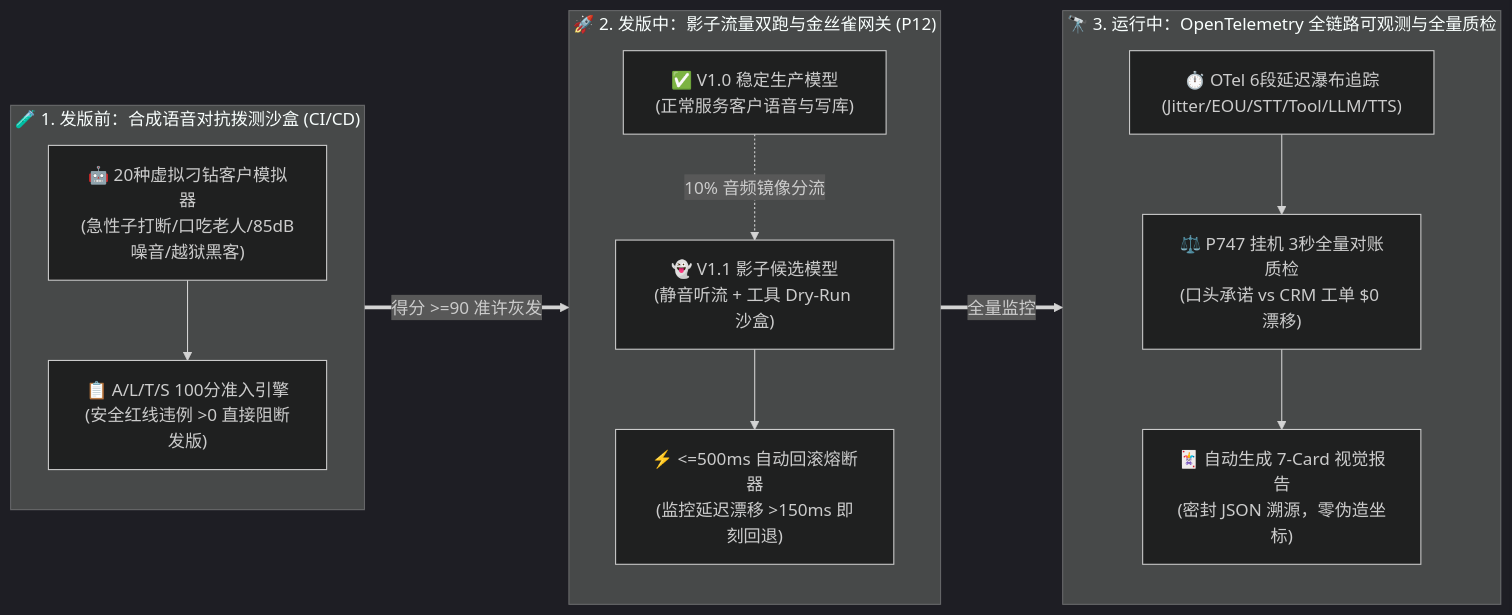
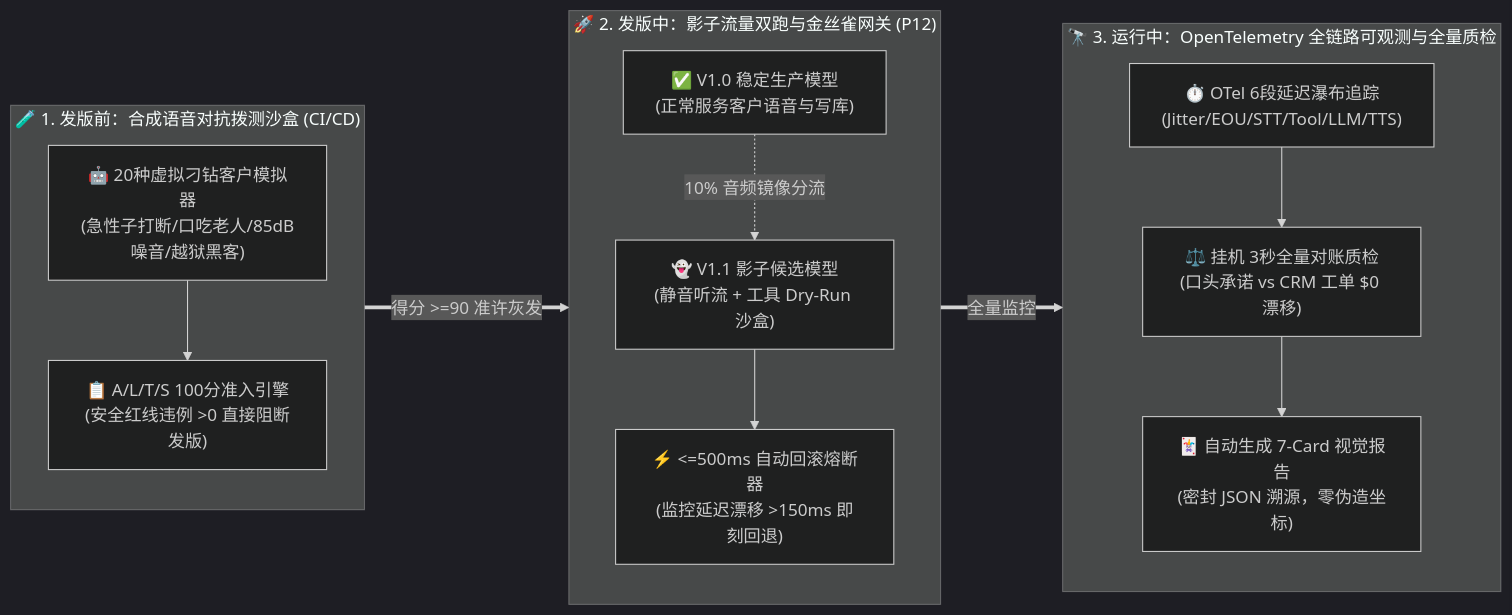
The second of 3 diagrams in docs/enterprise-voice-agent-evaluation-observability-redteaming-selection-faq.md (turbo998/voice-agent-lab), drawn with Mermaid (dark theme) before and after one commit. The commit also changed other lines of this file and 715 other files, not shown here.

````diff
--- a/docs/enterprise-voice-agent-evaluation-observability-redteaming-selection-faq.md
+++ b/docs/enterprise-voice-agent-evaluation-observability-redteaming-selection-faq.md
@@ -103,28 +103,28 @@
 ```mermaid
 flowchart LR
-    subgraph PreLaunch["🧪 1. 发版前：合成语音对抗拨测沙盒 (CI/CD)"]
-        direction TB
-        SimCaller["🤖 20种虚拟刁钻客户模拟器<br/>(急性子打断/口吃老人/85dB噪音/越狱黑客)"]
-        Rubric["📋 A/L/T/S 100分准入引擎<br/>(安全红线违例 >0 直接阻断发版)"]
-        SimCaller --> Rubric
-    end
+ subgraph PreLaunch["🧪 1. 发版前：合成语音对抗拨测沙盒 (CI/CD)"]
+ direction TB
+ SimCaller["🤖 20种虚拟刁钻客户模拟器<br/>(急性子打断/口吃老人/85dB噪音/越狱黑客)"]
+ Rubric["📋 A/L/T/S 100分准入引擎<br/>(安全红线违例 >0 直接阻断发版)"]
+ SimCaller --> Rubric
+ end
 
-    subgraph ProdCanary["🚀 2. 发版中：影子流量双跑与金丝雀网关 (P12)"]
-        direction TB
-        ProdV1["✅ V1.0 稳定生产模型<br/>(正常服务客户语音与写库)"]
-        ShadowV2["👻 V1.1 影子候选模型<br/>(静音听流 + 工具 Dry-Run 沙盒)"]
-        Breaker["⚡ <=500ms 自动回滚熔断器<br/>(监控延迟漂移 >150ms 即刻回退)"]
-        ProdV1 -.->|"10% 音频镜像分流"| ShadowV2 --> Breaker
-    end
+ subgraph ProdCanary["🚀 2. 发版中：影子流量双跑与金丝雀网关 (P12)"]
+ direction TB
+ ProdV1["✅ V1.0 稳定生产模型<br/>(正常服务客户语音与写库)"]
+ ShadowV2["👻 V1.1 影子候选模型<br/>(静音听流 + 工具 Dry-Run 沙盒)"]
+ Breaker["⚡ <=500ms 自动回滚熔断器<br/>(监控延迟漂移 >150ms 即刻回退)"]
+ ProdV1 -.->|"10% 音频镜像分流"| ShadowV2 --> Breaker
+ end
 
-    subgraph ProdObs["🔭 3. 运行中：OpenTelemetry 全链路可观测与全量质检"]
-        direction TB
-        Waterfall["⏱️ OTel 6段延迟瀑布追踪<br/>(Jitter/EOU/STT/Tool/LLM/TTS)"]
-        PostQA["⚖️ P747 挂机 3秒全量对账质检<br/>(口头承诺 vs CRM 工单 $0 漂移)"]
-        Cards["🃏 自动生成 7-Card 视觉报告<br/>(密封 JSON 溯源，零伪造坐标)"]
-        Waterfall --> PostQA --> Cards
-    end
+ subgraph ProdObs["🔭 3. 运行中：OpenTelemetry 全链路可观测与全量质检"]
+ direction TB
+ Waterfall["⏱️ OTel 6段延迟瀑布追踪<br/>(Jitter/EOU/STT/Tool/LLM/TTS)"]
+ PostQA["⚖️ 挂机 3秒全量对账质检<br/>(口头承诺 vs CRM 工单 $0 漂移)"]
+ Cards["🃏 自动生成 7-Card 视觉报告<br/>(密封 JSON 溯源，零伪造坐标)"]
+ Waterfall --> PostQA --> Cards
+ end
 
-    Rubric ==>|"得分 >=90 准许灰发"| ProdCanary
-    ProdCanary ==>|"全量监控"| ProdObs
+ Rubric ==>|"得分 >=90 准许灰发"| ProdCanary
+ ProdCanary ==>|"全量监控"| ProdObs
 ```
````
